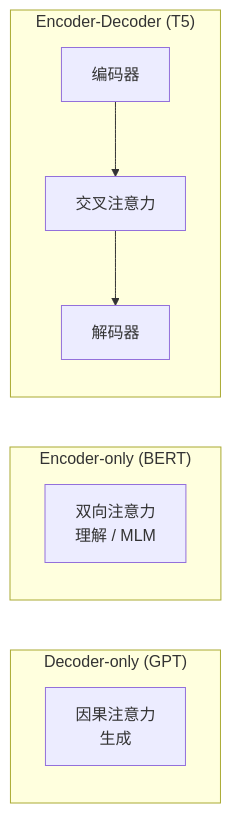
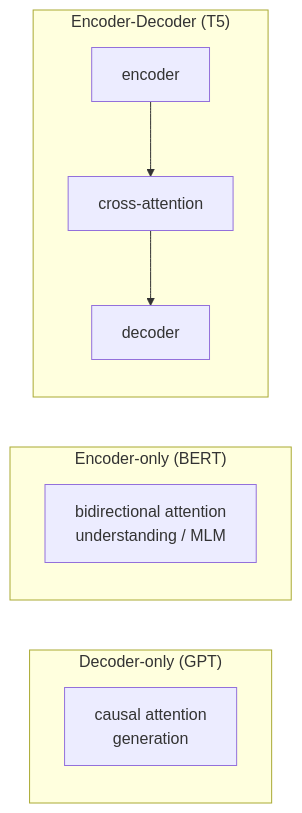
The tenth of 23 diagrams in docs/diagrams.md (Alas129/transformer-playground), drawn with Mermaid before and after one commit. The commit also changed other lines of this file, not shown here.

Commit message:
updated diagrams

````diff
--- a/docs/diagrams.md
+++ b/docs/diagrams.md
@@ -196,12 +211,12 @@
 ```mermaid
 flowchart LR
     subgraph DEC["Decoder-only (GPT)"]
-        d[因果注意力<br/>生成]
+        d[causal attention<br/>generation]
     end
     subgraph ENC["Encoder-only (BERT)"]
-        e[双向注意力<br/>理解 / MLM]
+        e[bidirectional attention<br/>understanding / MLM]
     end
     subgraph S2S["Encoder-Decoder (T5)"]
-        en[编码器] --> cross[交叉注意力] --> de[解码器]
+        en[encoder] --> cross[cross-attention] --> de[decoder]
     end
 ```
````
